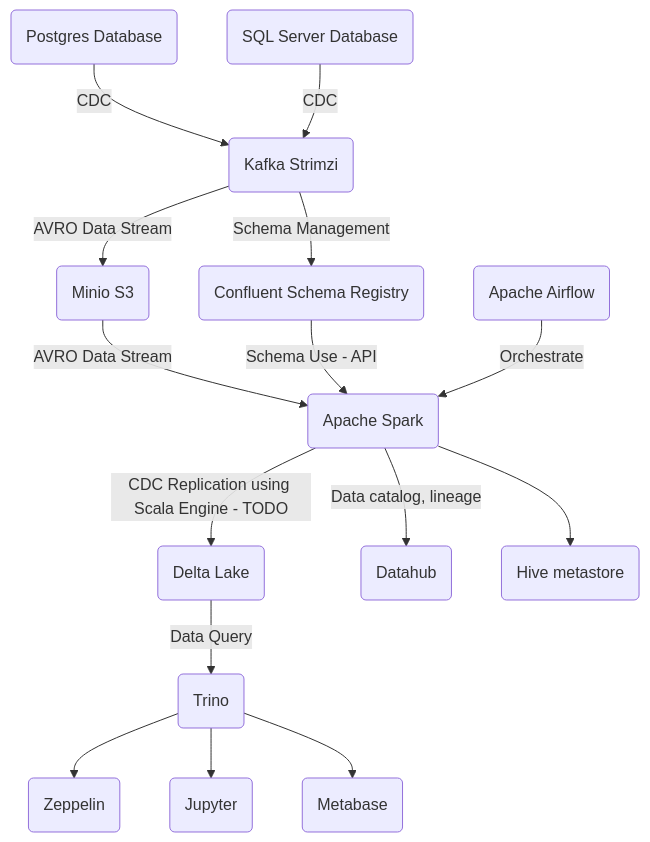
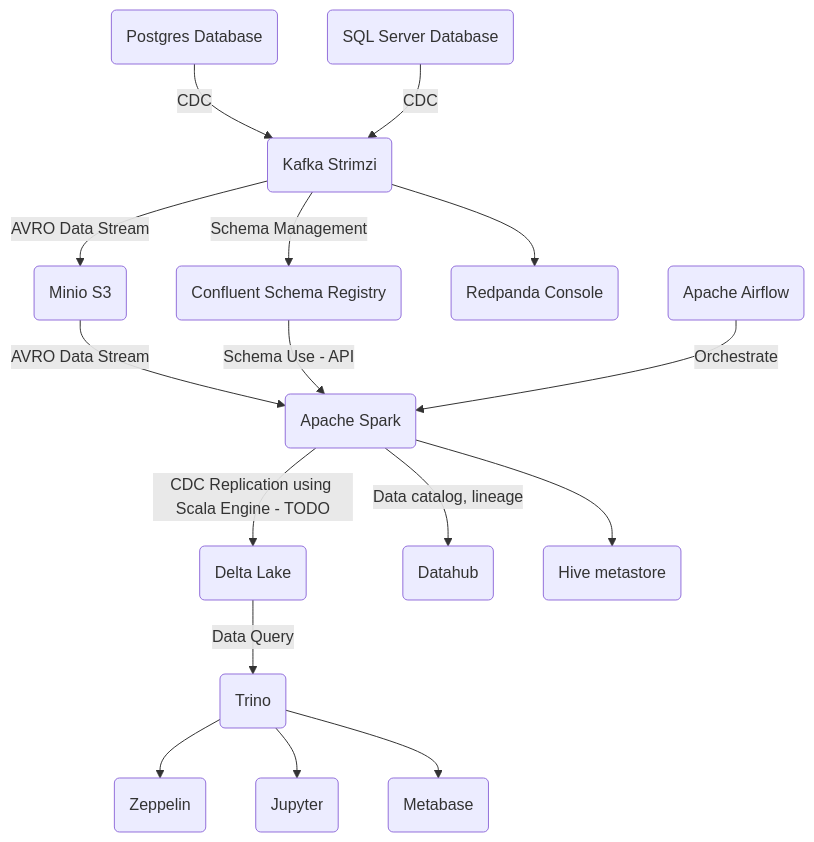
The diagram in README.md (rogeriomm/labtools-k8s), drawn with Mermaid before and after one commit.

````diff
--- a/README.md
+++ b/README.md
@@ -14,23 +14,24 @@
 ```mermaid
 flowchart TD
     Postgres(Postgres Database) -->|CDC| Kafka(Kafka Strimzi)
     SQLServer(SQL Server Database) -->|CDC| Kafka
     Kafka -->|AVRO Data Stream| ConsumerMinio(Minio S3)
     ConsumerMinio -->|AVRO Data Stream| ConsumerSpark(Apache Spark)
     ConsumerSpark --> |CDC Replication using Scala Engine - TODO| ConsumerDelta(Delta Lake)
     ConsumerSpark --> |Data catalog, lineage| ConsumerDatahub(Datahub)
     ConsumerSpark --> HiveMetastore(Hive metastore)
     Kafka -->|Schema Management| SchemaRegistry(Confluent Schema Registry)
+    Kafka --> RedpandaConsole(Redpanda Console)
     SchemaRegistry -->|Schema Use - API| ConsumerSpark
     ConsumerDelta -->|Data Query| Trino(Trino)
     click ConsumerDelta href "https://github.com/rogeriomm/debezium-cdc-replication-delta" "Visit GitHub repository"
     Airflow(Apache Airflow) -->|Orchestrate| ConsumerSpark
     Trino --> Zeppelin(Zeppelin)
     Trino --> Jupyter(Jupyter)
     Trino --> Metabase(Metabase)
     
     class Postgres,SQLServer database;
     class Kafka,SchemaRegistry kafka;
-    class ConsumerMinio,ConsumerSpark,ConsumerDelta,Trino,Airflow consumers;
+    class ConsumerMinio,ConsumerSpark,ConsumerDelta consumers;
     class Datahub datahub;
 ```
````
